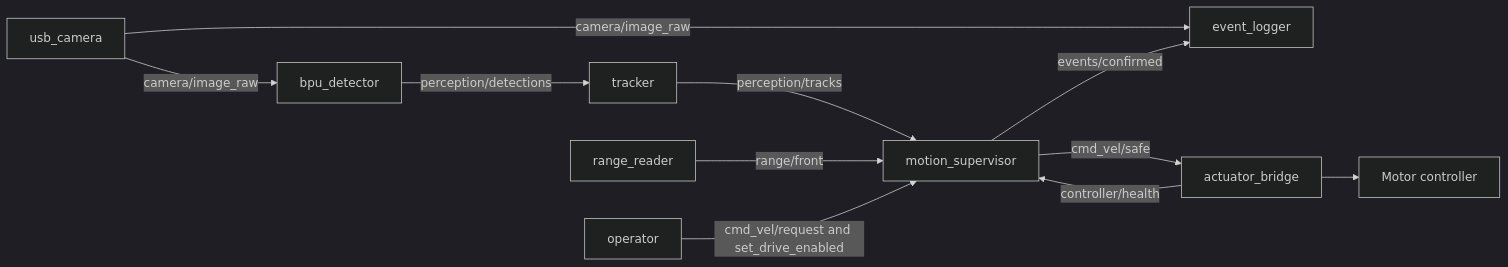
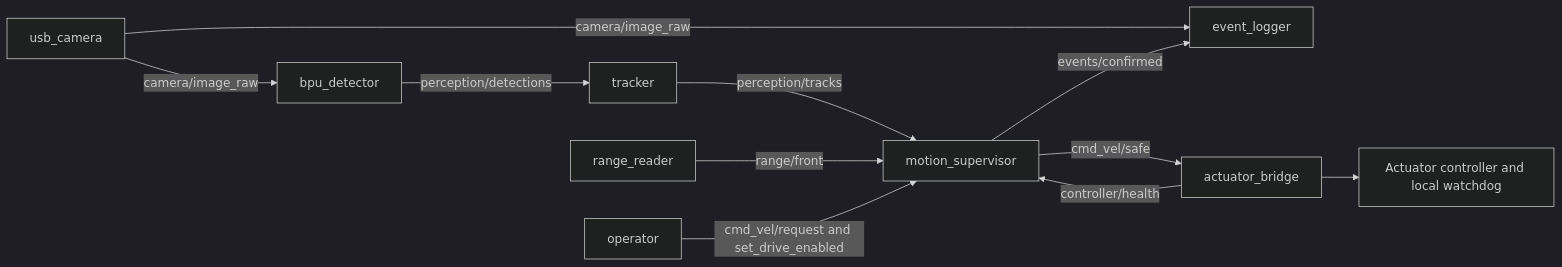
One commit to Sorawit-2005/Robotics-Dream-Keeper-Challenge-Winter changed the second of 2 diagrams in docs/stage2/ARCHITECTURE.md. Above: the diagram before and after it, drawn with Mermaid (dark theme). The commit also changed other lines of this file and 6 other files, not shown here.

````diff
--- a/docs/stage2/ARCHITECTURE.md
+++ b/docs/stage2/ARCHITECTURE.md
@@ -46,13 +48,13 @@
 ```mermaid
 flowchart LR
     C[usb_camera] -->|camera/image_raw| I[bpu_detector]
     C -->|camera/image_raw| E[event_logger]
     I -->|perception/detections| T[tracker]
     T -->|perception/tracks| D[motion_supervisor]
     R[range_reader] -->|range/front| D
     O[operator] -->|cmd_vel/request and set_drive_enabled| D
     D -->|cmd_vel/safe| A[actuator_bridge]
     A -->|controller/health| D
     D -->|events/confirmed| E
-    A --> H[Motor controller]
+    A --> H[Actuator controller and local watchdog]
 ```
````
